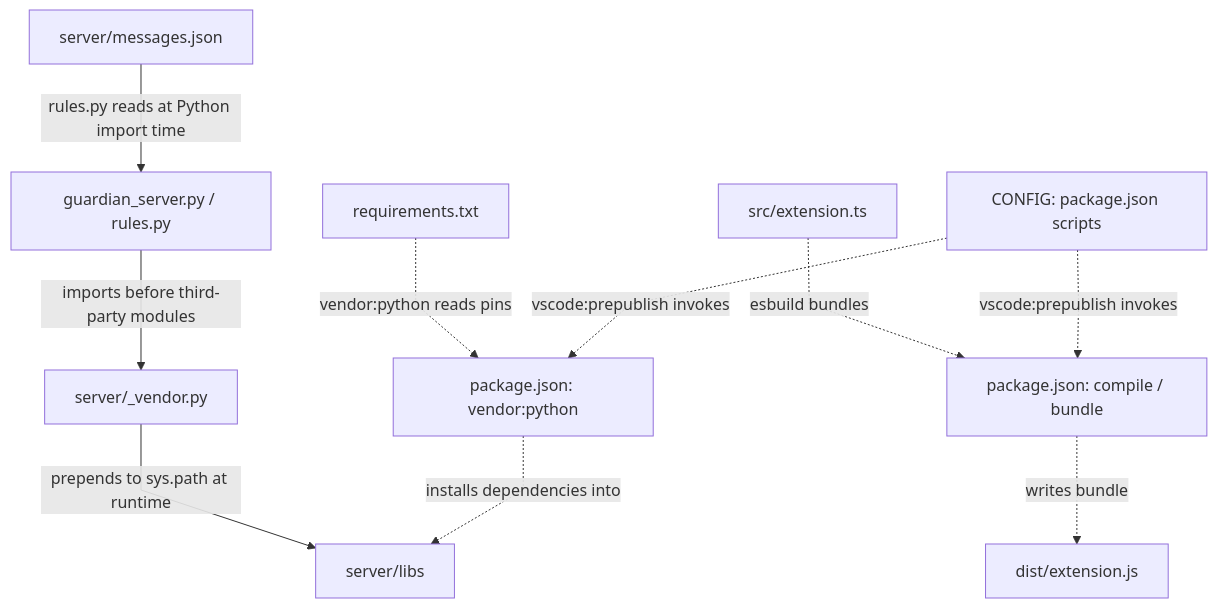
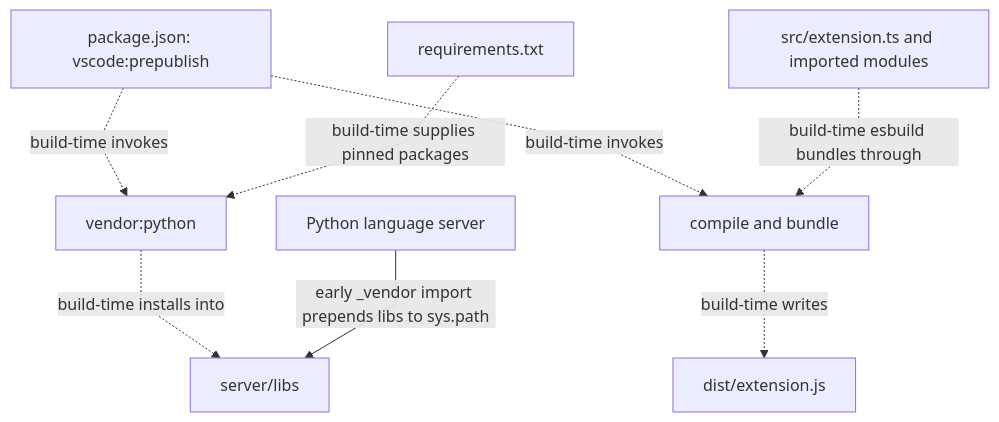
One commit to AashishTangnami/python-memory-guardian changed the ninth of 11 diagrams in docs/feature-map.md. Above: the diagram before and after it, drawn with Mermaid. The commit also changed other lines of this file and 11 other files, not shown here.

````diff
--- a/docs/feature-map.md
+++ b/docs/feature-map.md
@@ -387,13 +455,18 @@
 ```mermaid
 %%{init: {"fontFamily":"Inter, ui-sans-serif, system-ui, sans-serif","flowchart":{"curve":"linear","nodeSpacing":50,"rankSpacing":60},"layout":"dagre"}}%%
 flowchart TD
-    CONFIG["CONFIG: package.json scripts"] -. vscode:prepublish invokes .-> Vendor["package.json: vendor:python"]
-    CONFIG -. vscode:prepublish invokes .-> Compile["package.json: compile / bundle"]
-    Req["requirements.txt"] -. vendor:python reads pins .-> Vendor
-    Vendor -. installs dependencies into .-> Libs["server/libs"]
-    Py["guardian_server.py / rules.py"] -->|imports before third-party modules| Shim["server/_vendor.py"]
-    Shim -->|prepends to sys.path at runtime| Libs
-    Src["src/extension.ts"] -. esbuild bundles .-> Compile
-    Compile -. writes bundle .-> Dist["dist/extension.js"]
-    Messages["server/messages.json"] -->|rules.py reads at Python import time| Py
+    Manifest["package.json: vscode:prepublish"]
+    Vendor["vendor:python"]
+    Compile["compile and bundle"]
+    Pins["requirements.txt"]
+    Libs["server/libs"]
+    Bundle["dist/extension.js"]
+    Server["Python language server"]
+    Manifest -. build-time invokes .-> Vendor
+    Manifest -. build-time invokes .-> Compile
+    Pins -. build-time supplies pinned packages .-> Vendor
+    Vendor -. build-time installs into .-> Libs
+    Sources["src/extension.ts and imported modules"] -. build-time esbuild bundles through .-> Compile
+    Compile -. build-time writes .-> Bundle
+    Server -->|early _vendor import prepends libs to sys.path| Libs
 ```
````
